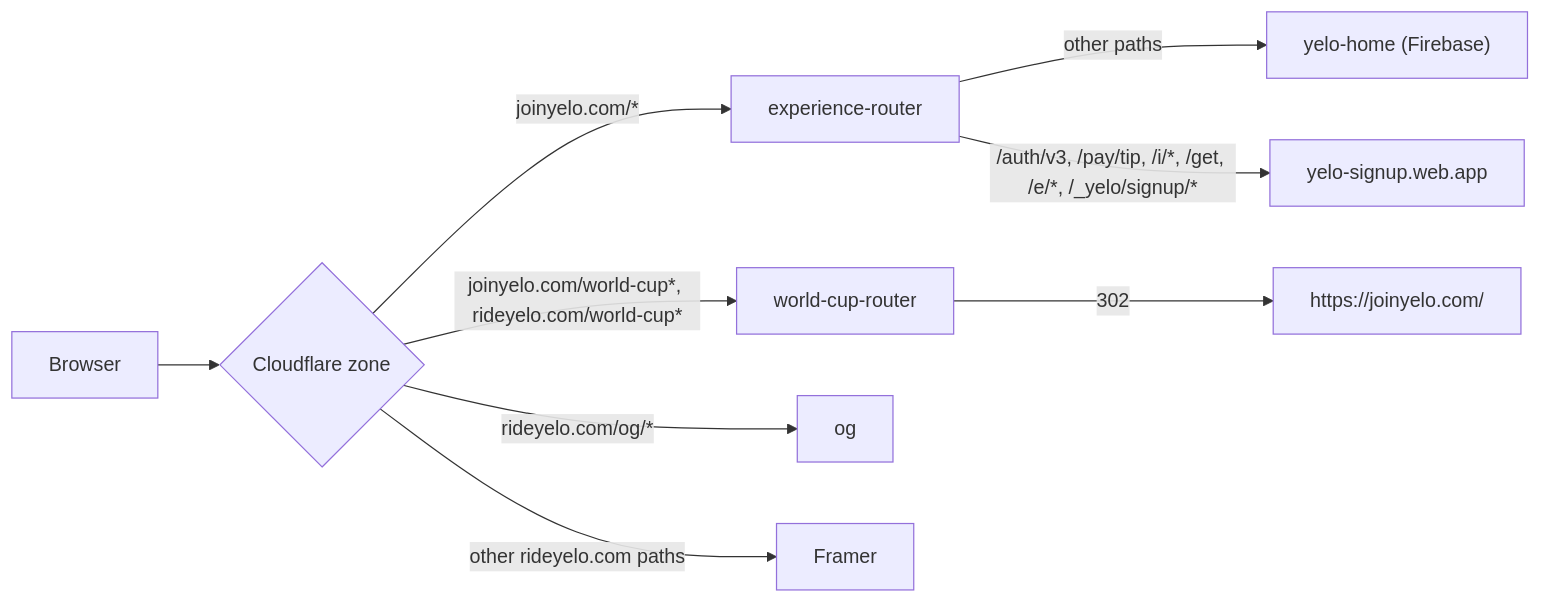
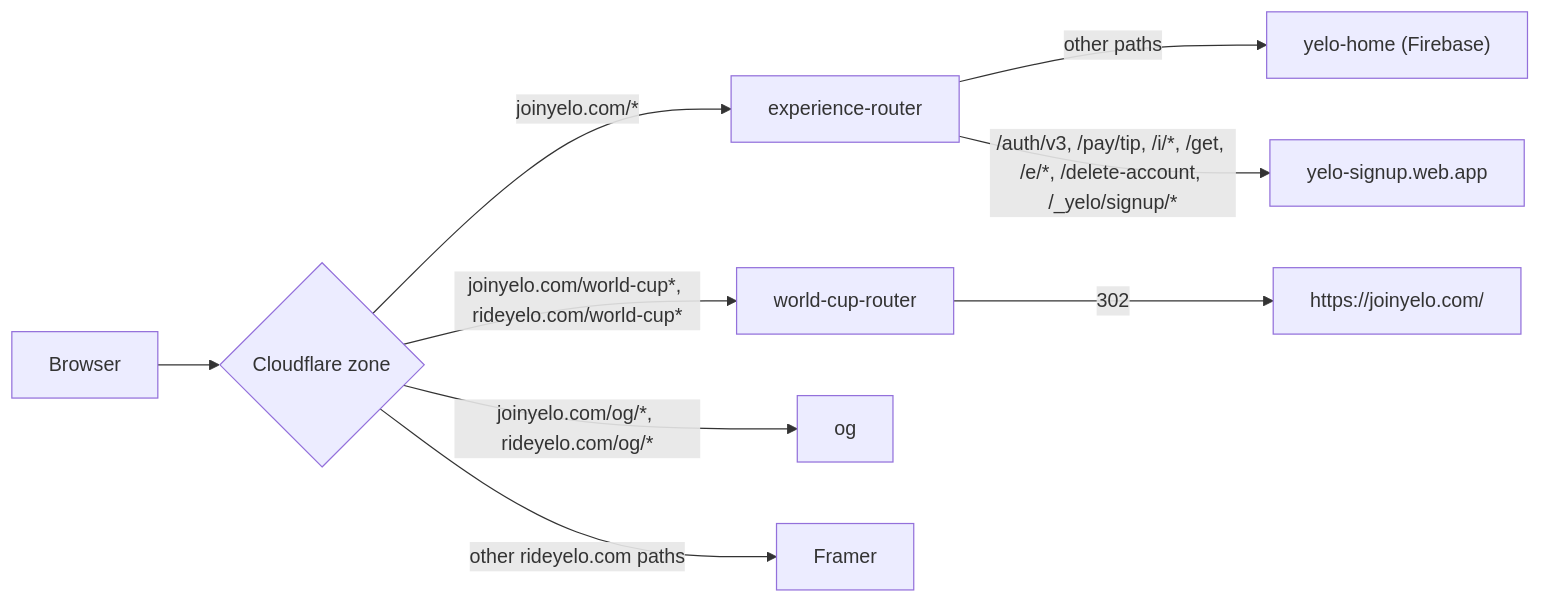
The diagram in engineering/web/edge-and-routing.mdx (rideyelo/docs), drawn with Mermaid before and after one commit. The commit also changed other lines of this file and 61 other files, not shown here.

First line of the commit message:
docs: sync event share links, joinyelo.com edge, mobile 5.8.1, and ride descriptions with main

````diff
--- a/engineering/web/edge-and-routing.mdx
+++ b/engineering/web/edge-and-routing.mdx
@@ -21,11 +21,11 @@
 ```mermaid
 flowchart LR
   U["Browser"] --> CF{"Cloudflare zone"}
   CF -->|"joinyelo.com/*"| ER["experience-router"]
   CF -->|"joinyelo.com/world-cup*, rideyelo.com/world-cup*"| WR["world-cup-router"]
-  CF -->|"rideyelo.com/og/*"| OG["og"]
+  CF -->|"joinyelo.com/og/*, rideyelo.com/og/*"| OG["og"]
   ER -->|"other paths"| HOME["yelo-home (Firebase)"]
   CF -->|"other rideyelo.com paths"| FR["Framer"]
-  ER -->|"/auth/v3, /pay/tip, /i/*, /get, /e/*, /_yelo/signup/*"| SU["yelo-signup.web.app"]
+  ER -->|"/auth/v3, /pay/tip, /i/*, /get, /e/*, /delete-account, /_yelo/signup/*"| SU["yelo-signup.web.app"]
   WR -->|"302"| HOMEURL["https://joinyelo.com/"]
 ```
````
